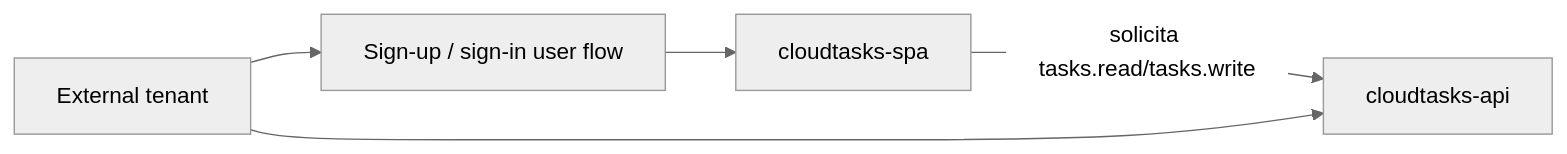
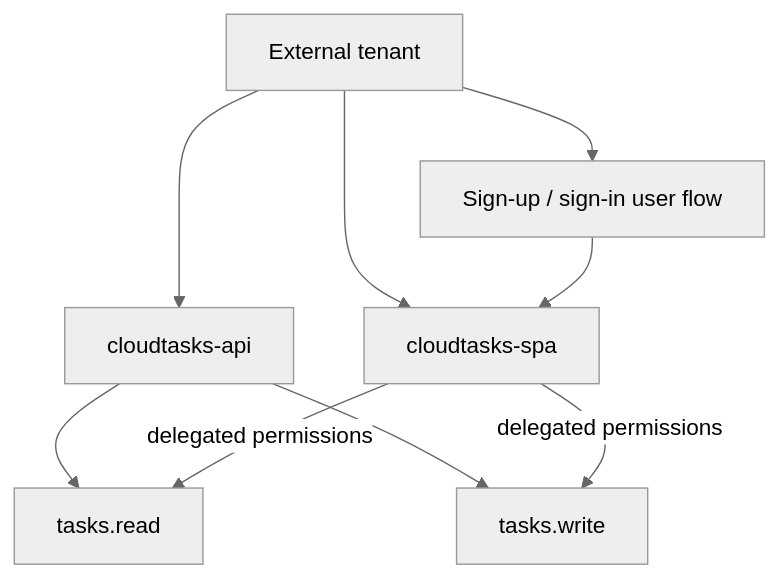
Before and after one commit to cmartinezs/DSY1107-DESARROLLO-CLOUD-NATIVE-I-2026-2: the diagram in guias-integradas/ev1/02-entra-external-id.md, drawn with Mermaid (neutral theme). The commit also changed other lines of this file, not shown here.

````diff
--- a/guias-integradas/ev1/02-entra-external-id.md
+++ b/guias-integradas/ev1/02-entra-external-id.md
@@ -139,7 +298,11 @@
 ```mermaid
-flowchart LR
-    UF[Sign-up / sign-in user flow] --> SPA[cloudtasks-spa]
-    SPA -->|solicita tasks.read/tasks.write| API[cloudtasks-api]
-    T[External tenant] --> UF
-    T --> API
+flowchart TD
+    T[External tenant] --> UF[Sign-up / sign-in user flow]
+    T --> SPA[cloudtasks-spa]
+    T --> API[cloudtasks-api]
+    UF --> SPA
+    API --> R[tasks.read]
+    API --> W[tasks.write]
+    SPA -->|delegated permissions| R
+    SPA -->|delegated permissions| W
 ```
````
